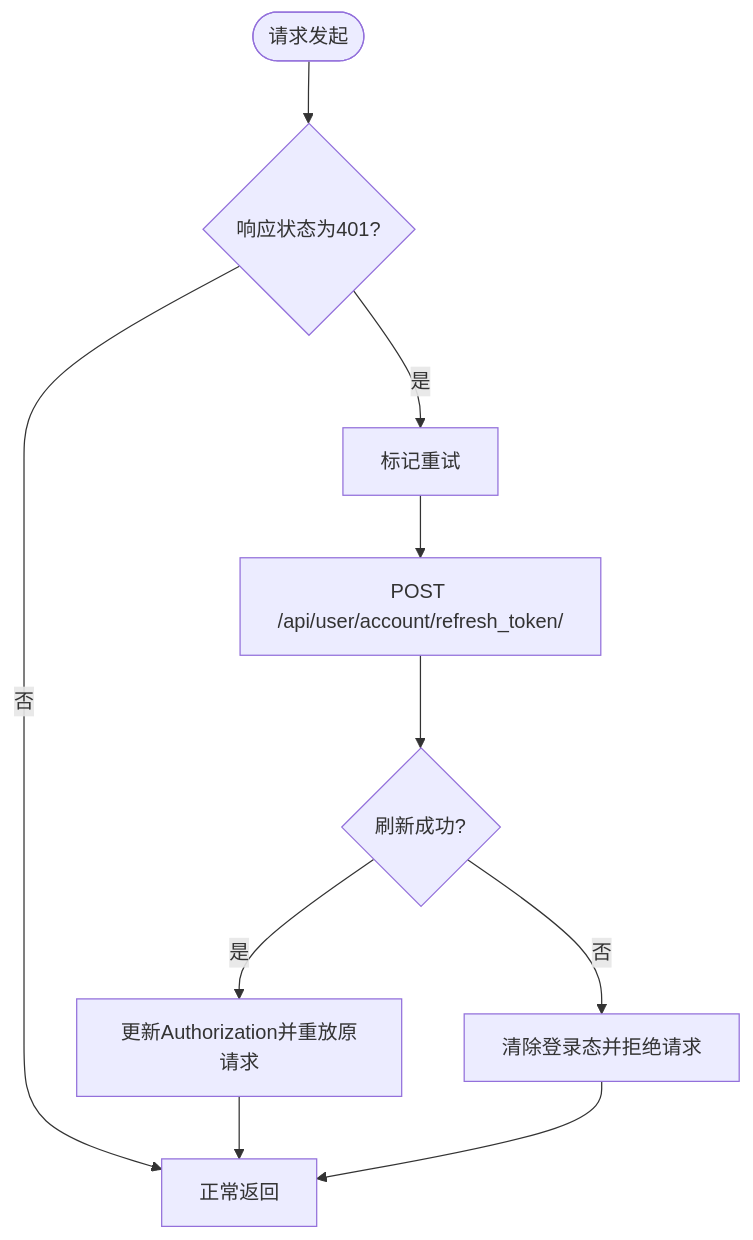
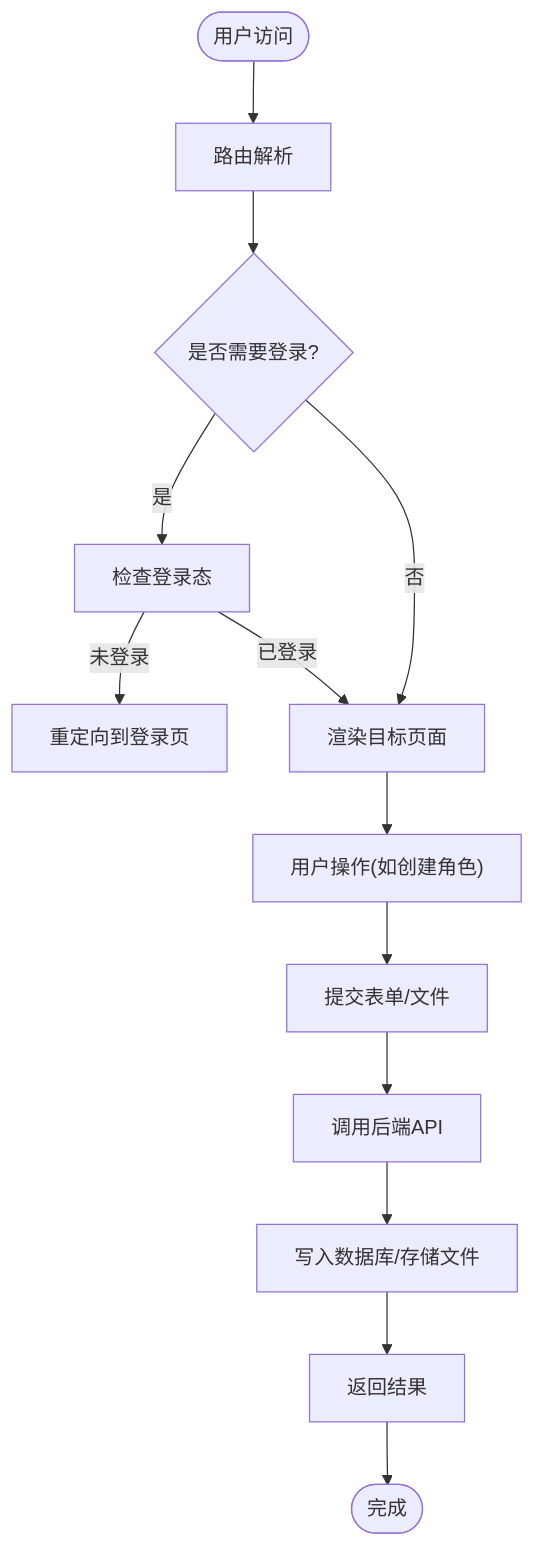
Before and after one commit to Blaipchi/LLM_AIfriends: the sixth of 7 diagrams in .qoder/repowiki/zh/content/项目概述.md, drawn with Mermaid. The commit also changed other lines of this file and 89 other files, not shown here.

````diff
--- a/.qoder/repowiki/zh/content/项目概述.md
+++ b/.qoder/repowiki/zh/content/项目概述.md
@@ -214,12 +298,15 @@
 ```mermaid
 flowchart TD
-Start(["请求发起"]) --> Check401{"响应状态为401?"}
-Check401 --> |否| Done["正常返回"]
-Check401 --> |是| Retry["标记重试"]
-Retry --> Refresh["POST /api/user/account/refresh_token/"]
-Refresh --> RefreshOK{"刷新成功?"}
-RefreshOK --> |否| Clear["清除登录态并拒绝请求"]
-RefreshOK --> |是| ReSend["更新Authorization并重放原请求"]
-ReSend --> Done
-Clear --> Done
+Start(["用户访问"]) --> Route["路由解析"]
+Route --> Guard{"是否需要登录?"}
+Guard --> |是| CheckLogin["检查登录态"]
+CheckLogin --> |未登录| Redirect["重定向到登录页"]
+CheckLogin --> |已登录| Render["渲染目标页面"]
+Guard --> |否| Render
+Render --> Action["用户操作(如创建角色)"]
+Action --> Submit["提交表单/文件"]
+Submit --> API["调用后端API"]
+API --> DB["写入数据库/存储文件"]
+DB --> Resp["返回结果"]
+Resp --> Done(["完成"])
 ```
````
